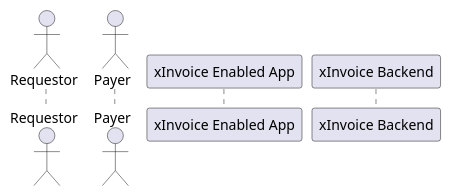
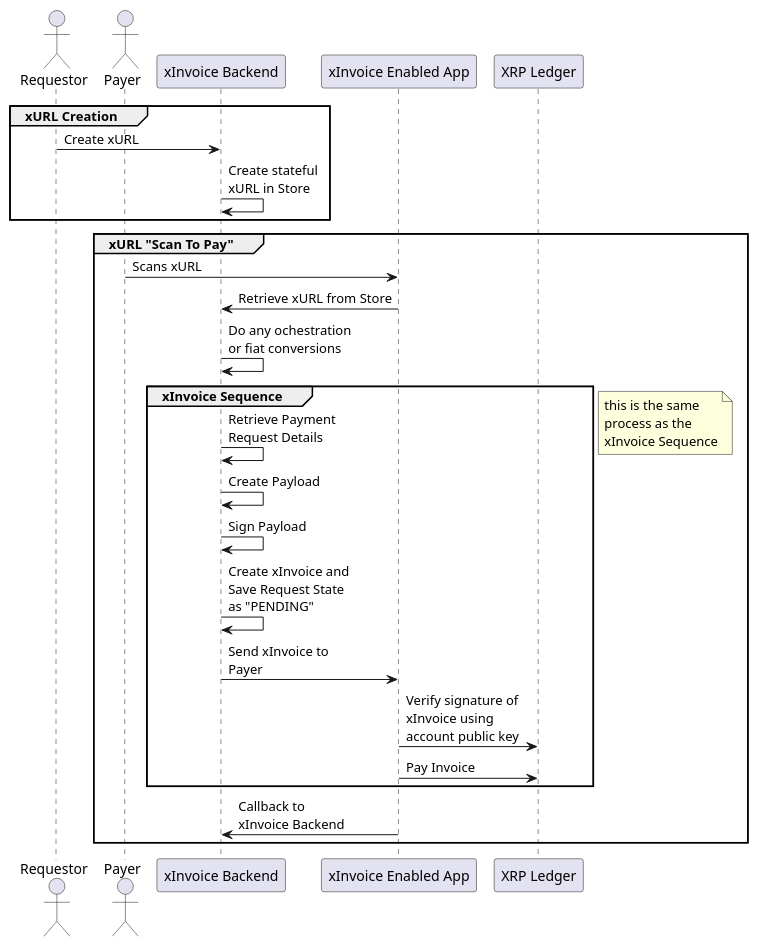
The diagram in docs/xurl-sequence.puml (claytantor/xrpl-poc-python), drawn with PlantUML before and after one commit. The commit also changed 5 other files, not shown here.

Commit message:
update xurl sequence

```diff
--- a/docs/xurl-sequence.puml
+++ b/docs/xurl-sequence.puml
@@ -1,34 +1,30 @@
 @startuml xurl_sequence
 
 actor Requestor as Requestor
 actor Payer as Payer
+participant "xInvoice Backend" as xInvoiceBackend
 participant "xInvoice Enabled App" as xInvoiceApp
-participant "xInvoice Backend" as xInvoiceBackend
 
-' Requestor -> xInvoiceApp: Create Wallet
+group xURL Creation
+    Requestor -> xInvoiceBackend: Create xURL
+    xInvoiceBackend -> xInvoiceBackend: Create stateful\nxURL in Store
+end
 
-' group Payment Request Creation
-' xInvoiceApp -> "XRP Ledger": Create Wallet
-' note left: the app could be a mobile\napp like xumm or a web app\nlike xurlpay.org
-' Requestor -> xInvoiceApp: Enter Payment\nRequest Details
-' xInvoiceApp -> xInvoiceApp: Create Payload
-' xInvoiceApp -> xInvoiceApp: Sign Payload
-' xInvoiceApp -> "xInvoice App Backend": Create xInvoice and\nSave Request State\nas "PENDING"
-' xInvoiceApp -> "Requestor": Generate xInvoice
-' end
-
-' group Payment
-' Requestor -> "Payer": Sends xInvoice
-' Payer -> xInvoiceApp: Scans xInvoice
-' note left: the app could be a mobile\napp like xumm or a web app\nlike xurlpay.org
-
-' xInvoiceApp -> "XRP Ledger": Verify signature of \nxInvoice using\naccount public key
-' xInvoiceApp -> "XRP Ledger": Pay Invoice
-' end
-
-' group Backend Event Listener
-' "xInvoice App Backend" -> "XRP Ledger": Listen for\n"PENDING" xInvoice\nto be paid
-' "xInvoice App Backend" -> "xInvoice App Backend": Save xInvoice\nstate as "PAID"
-' end
+group xURL "Scan To Pay"
+    Payer-> xInvoiceApp: Scans xURL
+    xInvoiceApp->xInvoiceBackend: Retrieve xURL from Store
+    xInvoiceBackend->xInvoiceBackend: Do any ochestration\nor fiat conversions 
+    group xInvoice Sequence 
+        xInvoiceBackend -> xInvoiceBackend: Retrieve Payment\nRequest Details
+        xInvoiceBackend -> xInvoiceBackend: Create Payload
+        xInvoiceBackend -> xInvoiceBackend: Sign Payload
+        xInvoiceBackend -> xInvoiceBackend: Create xInvoice and\nSave Request State\nas "PENDING"
+        xInvoiceBackend -> xInvoiceApp: Send xInvoice to\nPayer
+        xInvoiceApp -> "XRP Ledger": Verify signature of \nxInvoice using\naccount public key
+        xInvoiceApp -> "XRP Ledger": Pay Invoice
+    end
+    note left: this is the same\nprocess as the\nxInvoice Sequence
+    xInvoiceApp -> xInvoiceBackend: Callback to\nxInvoice Backend
+end
 
 @enduml
```
